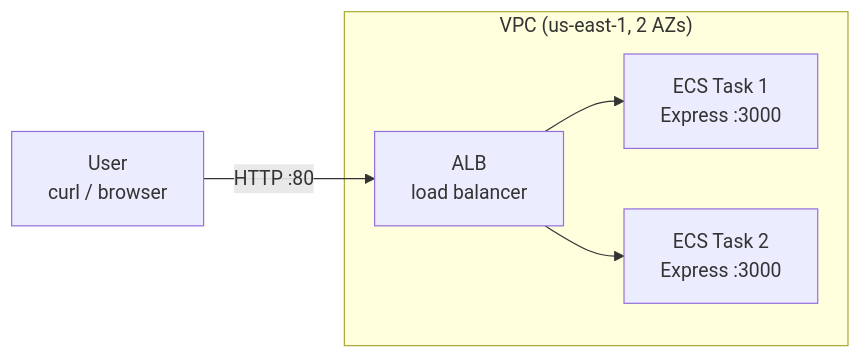
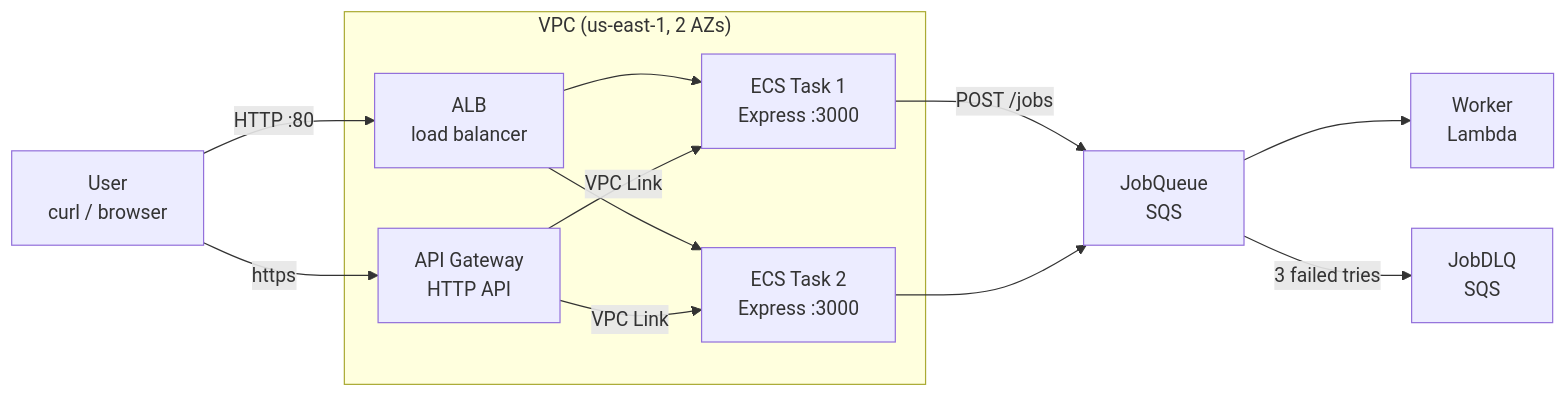
The diagram in README.md (dev-sangjun/aws-lab), drawn with Mermaid before and after one commit. The commit also changed other lines of this file and 11 other files, not shown here.

Commit message:
feat: queue jobs to SQS for a Lambda worker and add an API Gateway entrance

````diff
--- a/README.md
+++ b/README.md
@@ -7,8 +7,15 @@
 ```mermaid
 flowchart LR
     U["User<br>curl / browser"] -->|"HTTP :80"| ALB["ALB<br>load balancer"]
+    U -->|"https"| G["API Gateway<br>HTTP API"]
     subgraph VPC["VPC (us-east-1, 2 AZs)"]
         ALB --> T1["ECS Task 1<br>Express :3000"]
         ALB --> T2["ECS Task 2<br>Express :3000"]
+        G -->|"VPC Link"| T1
+        G -->|"VPC Link"| T2
     end
+    T1 -->|"POST /jobs"| Q["JobQueue<br>SQS"]
+    T2 --> Q
+    Q --> L["Worker<br>Lambda"]
+    Q -->|"3 failed tries"| D["JobDLQ<br>SQS"]
 ```
````
